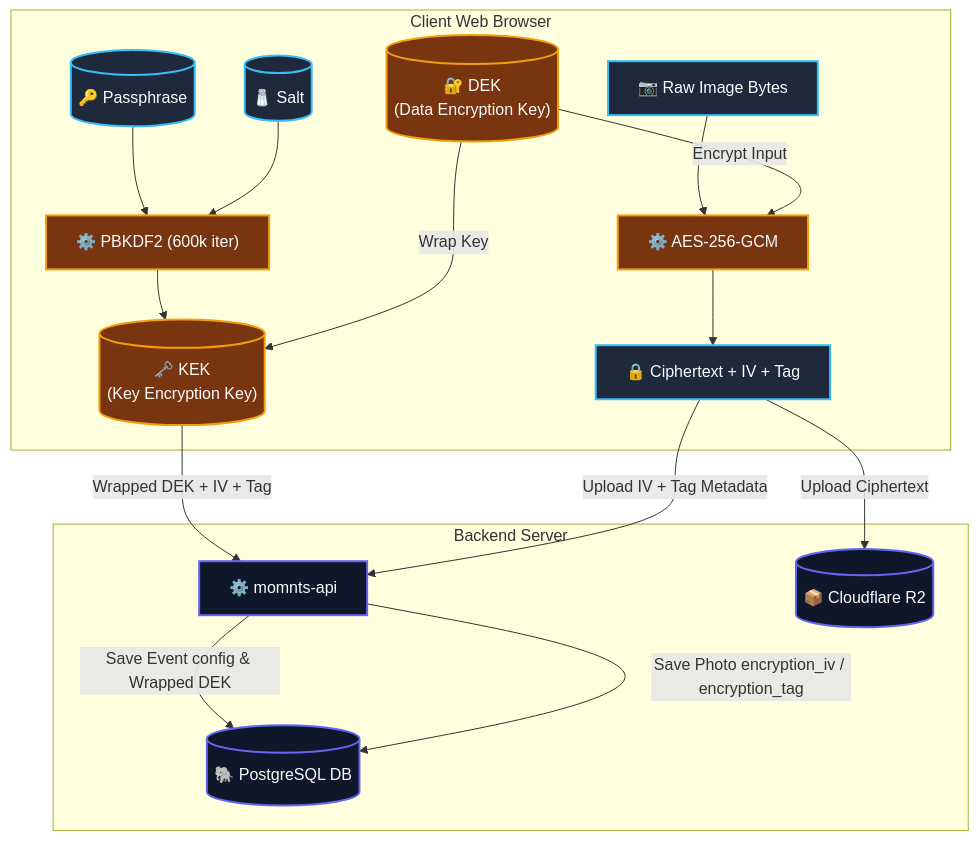
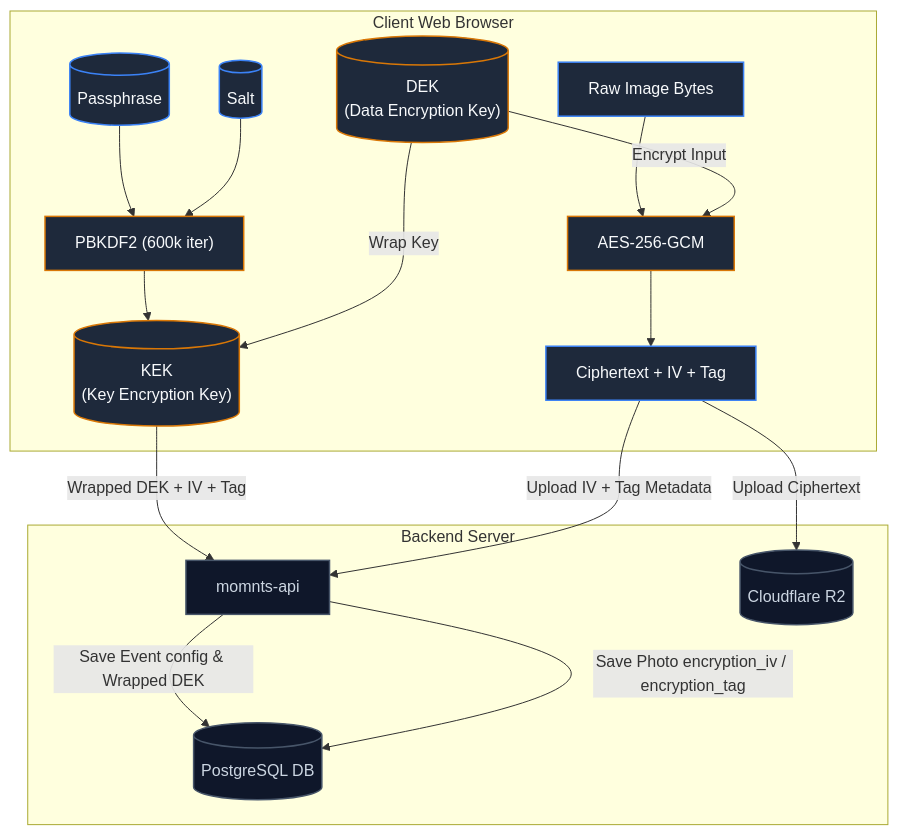
The third of 3 diagrams in README.md (Asrar-Ahammad/momnts), drawn with Mermaid before and after one commit. The commit also changed other lines of this file, not shown here.

````diff
--- a/README.md
+++ b/README.md
@@ -153,46 +150,46 @@
 ```mermaid
 graph TD
     %% Styling
-    classDef client fill:#1E293B,stroke:#38BDF8,stroke-width:2px,color:#F8FAFC;
-    classDef server fill:#0F172A,stroke:#6366F1,stroke-width:2px,color:#F8FAFC;
-    classDef crypto fill:#78350F,stroke:#F59E0B,stroke-width:2px,color:#F8FAFC;
+    classDef client fill:#1e293b,stroke:#3b82f6,stroke-width:1.5px,color:#f8fafc;
+    classDef server fill:#0f172a,stroke:#475569,stroke-width:1.5px,color:#cbd5e1;
+    classDef crypto fill:#1e293b,stroke:#d97706,stroke-width:1.5px,color:#f8fafc;
 
     %% Client Operations
     subgraph ClientWorkspace [Client Web Browser]
-        Pass[("🔑 Passphrase")]:::client
-        Salt[("🧂 Salt")]:::client
-        PBKDF2["⚙️ PBKDF2 (600k iter)"]:::crypto
-        KEK[("🗝️ KEK <br/> (Key Encryption Key)")]:::crypto
-        DEK[("🔐 DEK <br/> (Data Encryption Key)")]:::crypto
-        ImgBytes["📷 Raw Image Bytes"]:::client
-        AES["⚙️ AES-256-GCM"]:::crypto
-        EncBytes["🔒 Ciphertext + IV + Tag"]:::client
+        Pass[("Passphrase")]:::client
+        Salt[("Salt")]:::client
+        PBKDF2["PBKDF2 (600k iter)"]:::crypto
+        KEK[("KEK <br/> (Key Encryption Key)")]:::crypto
+        DEK[("DEK <br/> (Data Encryption Key)")]:::crypto
+        ImgBytes["Raw Image Bytes"]:::client
+        AES["AES-256-GCM"]:::crypto
+        EncBytes["Ciphertext + IV + Tag"]:::client
     end
 
     %% Server Storage
     subgraph ServerStorage [Backend Server]
-        API_Srv["⚙️ momnts-api"]:::server
-        Postgres[("🐘 PostgreSQL DB")]:::server
-        R2_Store[("📦 Cloudflare R2")]:::server
+        API_Srv["momnts-api"]:::server
+        Postgres[("PostgreSQL DB")]:::server
+        R2_Store[("Cloudflare R2")]:::server
     end
 
     %% Key Derivation Flow
     Pass --> PBKDF2
     Salt --> PBKDF2
     PBKDF2 --> KEK
     
     %% Key Wrapping Flow
     DEK -->|Wrap Key| KEK
     KEK -->|Wrapped DEK + IV + Tag| API_Srv
     
     %% Encryption Flow
     ImgBytes --> AES
     DEK -->|Encrypt Input| AES
     AES --> EncBytes
     EncBytes -->|Upload Ciphertext| R2_Store
     EncBytes -->|Upload IV + Tag Metadata| API_Srv
 
     %% DB Storage
     API_Srv -->|Save Event config & Wrapped DEK| Postgres
     API_Srv -->|Save Photo encryption_iv / encryption_tag| Postgres
 ```
````
